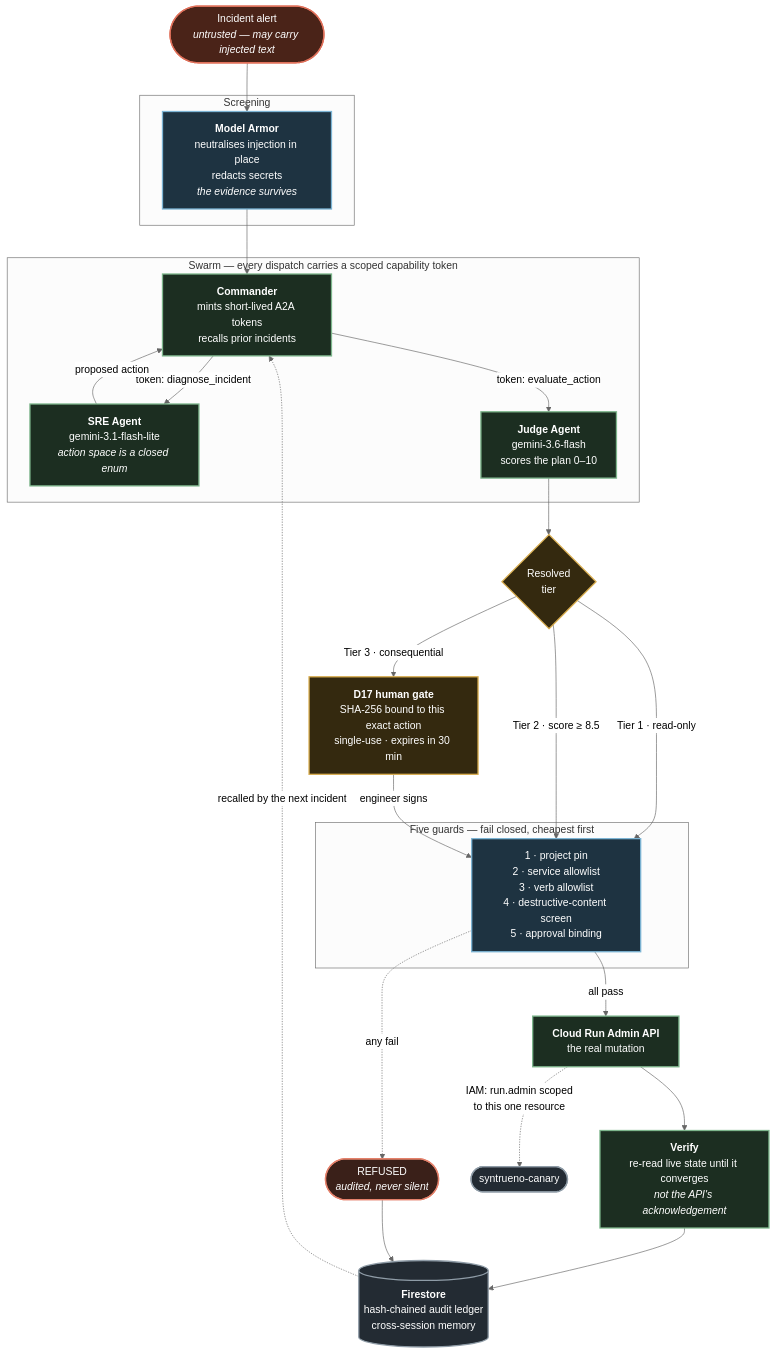
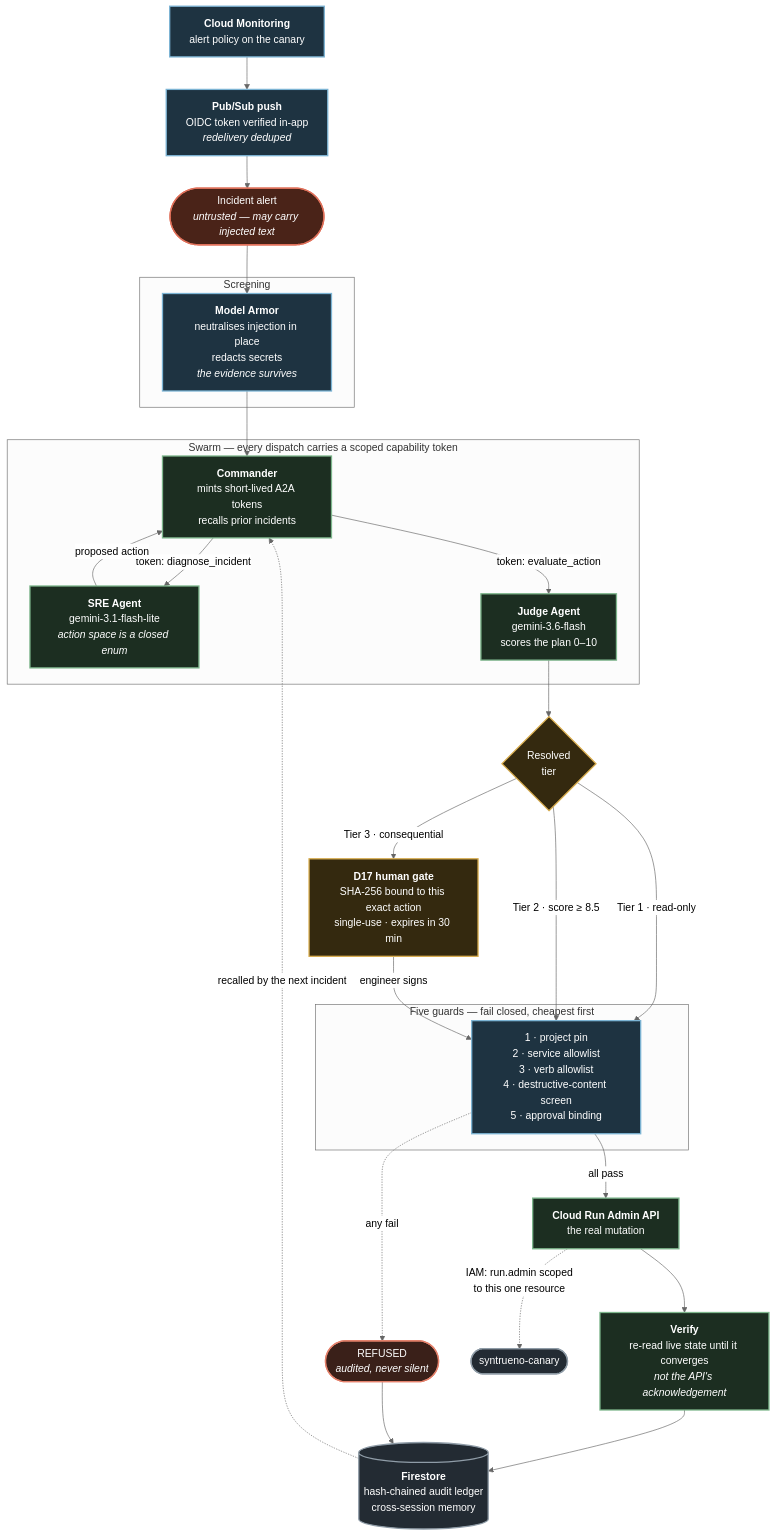
One commit to Shaan-alpha/syntrueno changed the diagram in README.md. Above: the diagram before and after it, drawn with Mermaid (neutral theme). The commit also changed other lines of this file and 1 other file, not shown here.

````diff
--- a/README.md
+++ b/README.md
@@ -39,62 +39,67 @@
 ```mermaid
 flowchart TD
+    Mon["<b>Cloud Monitoring</b><br/>alert policy on the canary"]
+    PS["<b>Pub/Sub push</b><br/>OIDC token verified in-app<br/><i>redelivery deduped</i>"]
     Alert(["Incident alert<br/><i>untrusted — may carry injected text</i>"])
 
     subgraph SEC ["Screening"]
         Armor["<b>Model Armor</b><br/>neutralises injection in place<br/>redacts secrets<br/><i>the evidence survives</i>"]
     end
 
     subgraph SWARM ["Swarm — every dispatch carries a scoped capability token"]
         Cmd["<b>Commander</b><br/>mints short-lived A2A tokens<br/>recalls prior incidents"]
         SRE["<b>SRE Agent</b><br/>gemini-3.1-flash-lite<br/><i>action space is a closed enum</i>"]
         Judge["<b>Judge Agent</b><br/>gemini-3.6-flash<br/>scores the plan 0–10"]
     end
 
     Tier{"Resolved<br/>tier"}
     Gate["<b>D17 human gate</b><br/>SHA-256 bound to this exact action<br/>single-use · expires in 30 min"]
 
     subgraph GUARD ["Five guards — fail closed, cheapest first"]
         Guards["1 · project pin<br/>2 · service allowlist<br/>3 · verb allowlist<br/>4 · destructive-content screen<br/>5 · approval binding"]
     end
 
     Apply["<b>Cloud Run Admin API</b><br/>the real mutation"]
     Verify["<b>Verify</b><br/>re-read live state until it converges<br/><i>not the API's acknowledgement</i>"]
     Refused(["REFUSED<br/><i>audited, never silent</i>"])
     FS[("<b>Firestore</b><br/>hash-chained audit ledger<br/>cross-session memory")]
     Canary(["syntrueno-canary"])
 
+    Mon --> PS
+    PS --> Alert
     Alert --> Armor
     Armor --> Cmd
     Cmd -->|"token: diagnose_incident"| SRE
     SRE -->|"proposed action"| Cmd
     Cmd -->|"token: evaluate_action"| Judge
     Judge --> Tier
 
     Tier -->|"Tier 1 · read-only"| Guards
     Tier -->|"Tier 2 · score ≥ 8.5"| Guards
     Tier -->|"Tier 3 · consequential"| Gate
     Gate -->|"engineer signs"| Guards
 
     Guards -->|"all pass"| Apply
     Guards -.->|"any fail"| Refused
     Apply --> Verify
     Apply -.->|"IAM: run.admin scoped<br/>to this one resource"| Canary
 
     Verify --> FS
     Refused --> FS
     FS -.->|"recalled by the next incident"| Cmd
 
     classDef alert fill:#4a2318,stroke:#e0705a,stroke-width:2px,color:#ffffff
     classDef sec fill:#1e3341,stroke:#7cb4d4,stroke-width:2px,color:#ffffff
     classDef agent fill:#1c2e21,stroke:#7db68c,stroke-width:2px,color:#ffffff
     classDef gate fill:#34290f,stroke:#d9ad4e,stroke-width:2px,color:#ffffff
     classDef bad fill:#3a2019,stroke:#e4816b,stroke-width:2px,color:#ffffff
     classDef store fill:#232b33,stroke:#8f9ca7,stroke-width:2px,color:#ffffff
 
     class Alert alert
+    class Mon,PS sec
     class Armor,Guards sec
     class Cmd,SRE,Judge,Apply,Verify agent
     class Gate,Tier gate
     class Refused bad
     class FS,Canary store
 ```
````
